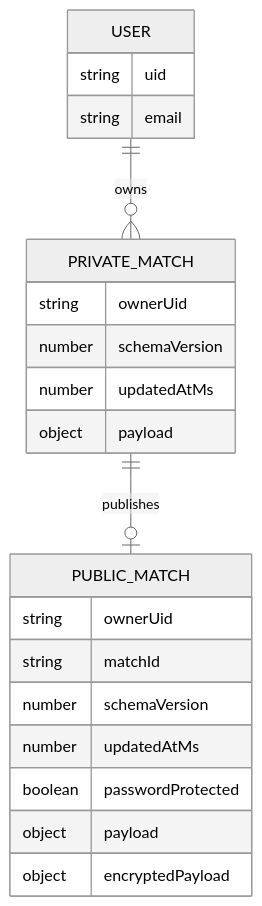
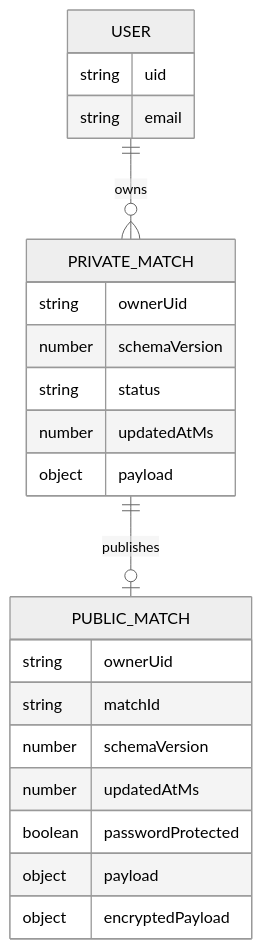
The second of 8 diagrams in docs/firebase-firestore-sync.md (flegault/rallye-cap), drawn with Mermaid (neutral theme) before and after one commit. The commit also changed other lines of this file and 12 other files, not shown here.

Commit message:
Polish cloud sharing roadmap and spectator program

````diff
--- a/docs/firebase-firestore-sync.md
+++ b/docs/firebase-firestore-sync.md
@@ -28,27 +28,28 @@
 ```mermaid
 erDiagram
   USER ||--o{ PRIVATE_MATCH : owns
   PRIVATE_MATCH ||--o| PUBLIC_MATCH : publishes
 
   USER {
     string uid
     string email
   }
 
   PRIVATE_MATCH {
     string ownerUid
     number schemaVersion
+    string status
     number updatedAtMs
     object payload
   }
 
   PUBLIC_MATCH {
     string ownerUid
     string matchId
     number schemaVersion
     number updatedAtMs
     boolean passwordProtected
     object payload
     object encryptedPayload
   }
 ```
````
